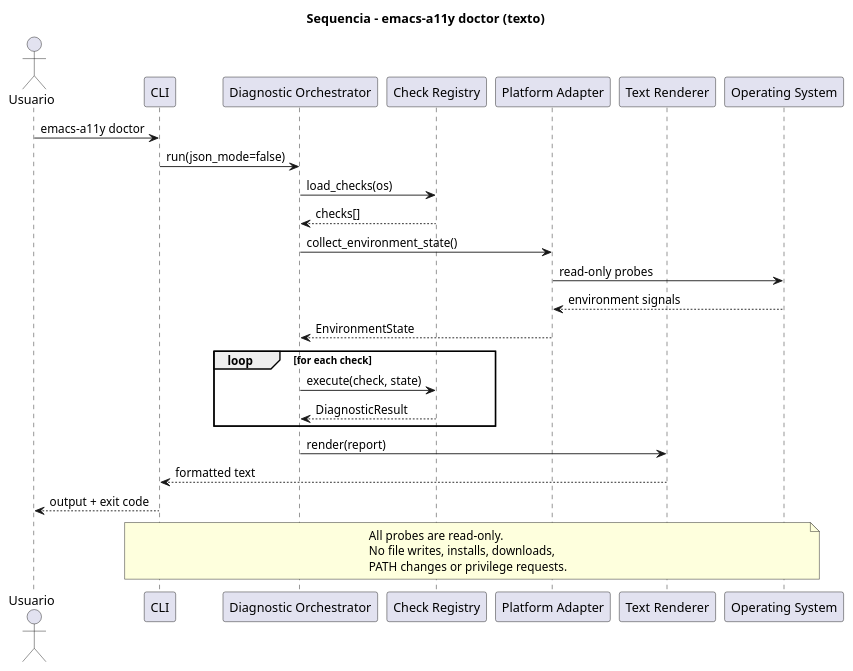
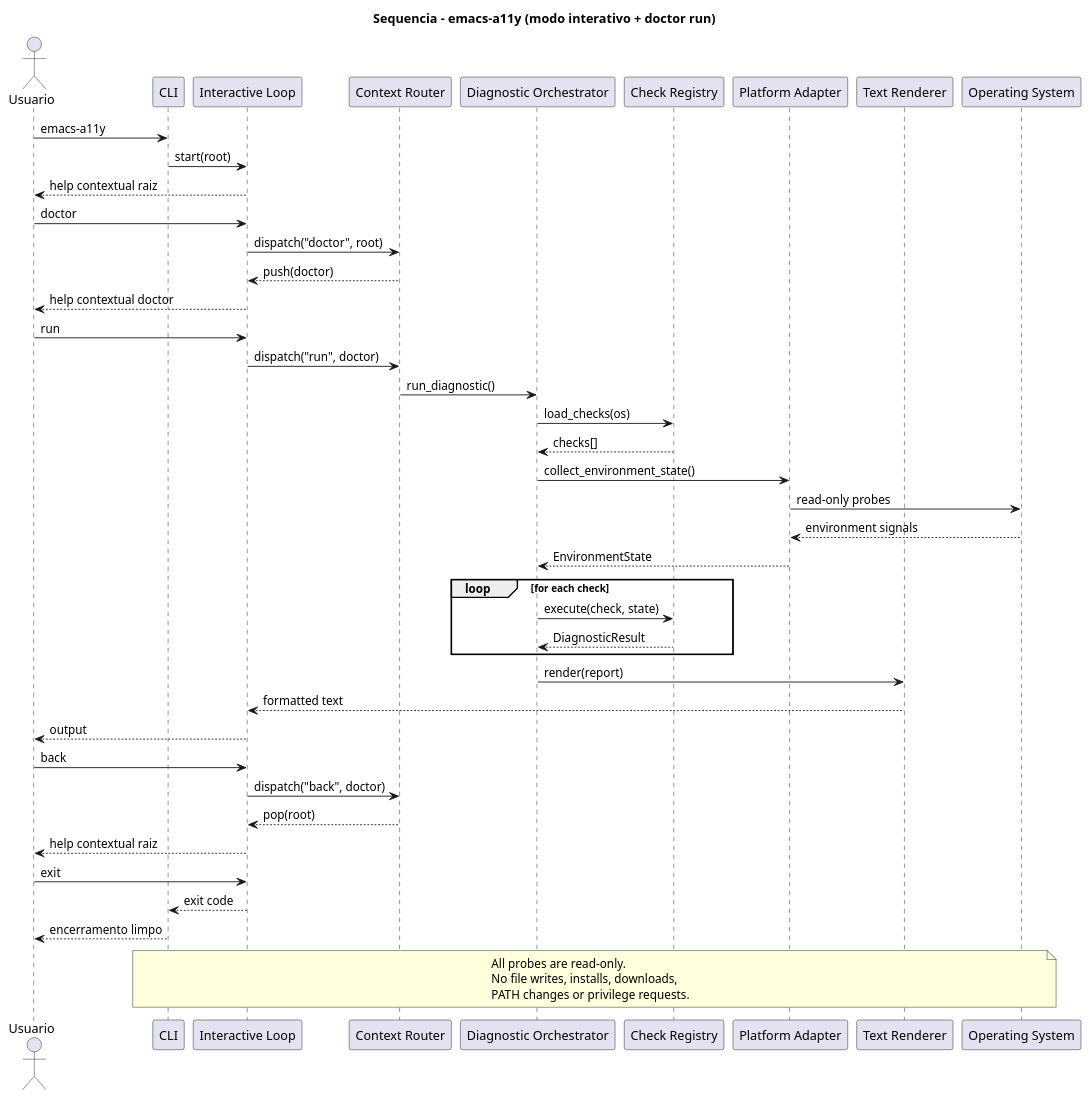
Before and after one commit to A11yDevs/emacs-a11y-installer: the diagram in docs/plantuml/doctor-sequence-text.puml, drawn with PlantUML. The commit also changed 57 other files, not shown here.

Commit message:
feat(cli): add interactive contextual mode and update docs/specs

```diff
--- a/docs/plantuml/doctor-sequence-text.puml
+++ b/docs/plantuml/doctor-sequence-text.puml
@@ -1,35 +1,52 @@
-@startuml
-title Sequencia - emacs-a11y doctor (texto)
+@startuml doctor-sequence-text
+title Sequencia - emacs-a11y (modo interativo + doctor run)
 
 actor Usuario
 participant CLI
+participant "Interactive Loop" as Loop
+participant "Context Router" as Router
 participant "Diagnostic Orchestrator" as Orch
 participant "Check Registry" as Registry
 participant "Platform Adapter" as Adapter
 participant "Text Renderer" as TextRenderer
 participant "Operating System" as OS
 
-Usuario -> CLI : emacs-a11y doctor
-CLI -> Orch : run(json_mode=false)
+Usuario -> CLI : emacs-a11y
+CLI -> Loop : start(root)
+Loop --> Usuario : help contextual raiz
+Usuario -> Loop : doctor
+Loop -> Router : dispatch("doctor", root)
+Router --> Loop : push(doctor)
+Loop --> Usuario : help contextual doctor
+Usuario -> Loop : run
+Loop -> Router : dispatch("run", doctor)
+Router -> Orch : run_diagnostic()
 Orch -> Registry : load_checks(os)
 Registry --> Orch : checks[]
 Orch -> Adapter : collect_environment_state()
 Adapter -> OS : read-only probes
 OS --> Adapter : environment signals
 Adapter --> Orch : EnvironmentState
 
 loop for each check
   Orch -> Registry : execute(check, state)
   Registry --> Orch : DiagnosticResult
 end
 
 Orch -> TextRenderer : render(report)
-TextRenderer --> CLI : formatted text
-CLI --> Usuario : output + exit code
+TextRenderer --> Loop : formatted text
+Loop --> Usuario : output
+Usuario -> Loop : back
+Loop -> Router : dispatch("back", doctor)
+Router --> Loop : pop(root)
+Loop --> Usuario : help contextual raiz
+Usuario -> Loop : exit
+Loop --> CLI : exit code
+CLI --> Usuario : encerramento limpo
 
 note over CLI,OS
 All probes are read-only.
 No file writes, installs, downloads,
 PATH changes or privilege requests.
 end note
 @enduml
```
